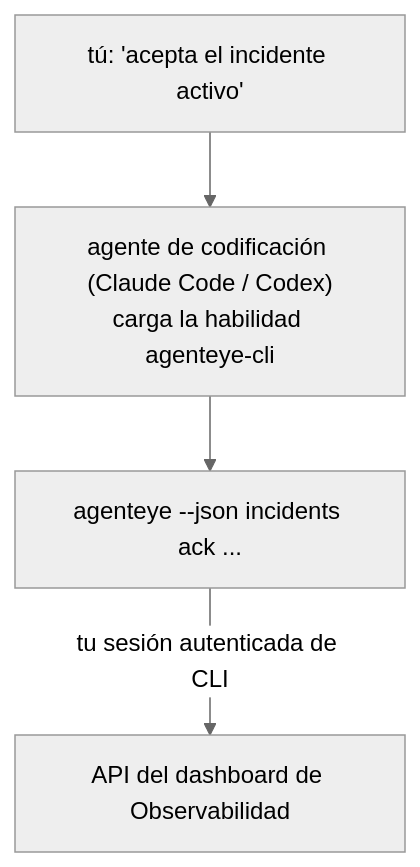
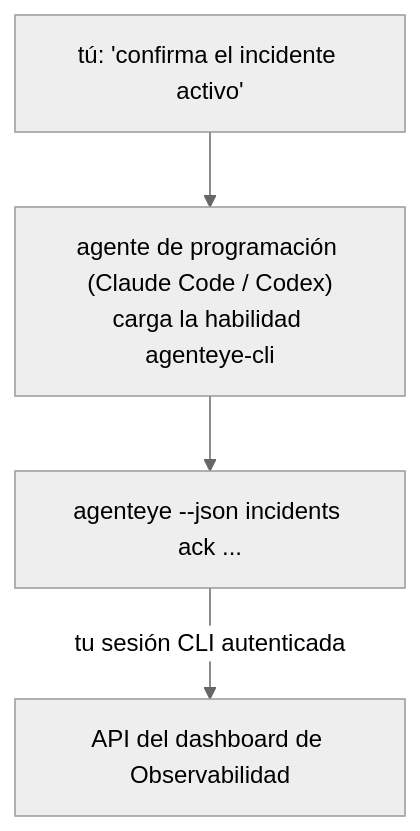
The diagram in docs/es/agenteye/cli-skill.mdx (FailproofAI/failproofai), drawn with Mermaid (neutral theme) before and after one commit. The commit also changed other lines of this file and 678 other files, not shown here.

````diff
--- a/docs/es/agenteye/cli-skill.mdx
+++ b/docs/es/agenteye/cli-skill.mdx
@@ -28,6 +28,6 @@
 ```mermaid
 flowchart TD
-    YOU["tú: 'acepta el incidente activo'"] --> AGENT["agente de codificación (Claude Code / Codex)<br/>carga la habilidad agenteye-cli"]
+    YOU["tú: 'confirma el incidente activo'"] --> AGENT["agente de programación (Claude Code / Codex)<br/>carga la habilidad agenteye-cli"]
     AGENT --> CLI["agenteye --json incidents ack ..."]
-    CLI -->|tu sesión autenticada de CLI| API["API del dashboard de Observabilidad"]
+    CLI -->|tu sesión CLI autenticada| API["API del dashboard de Observabilidad"]
 ```
````
